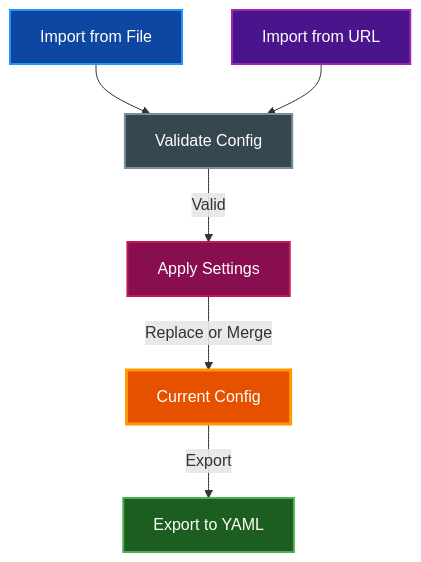
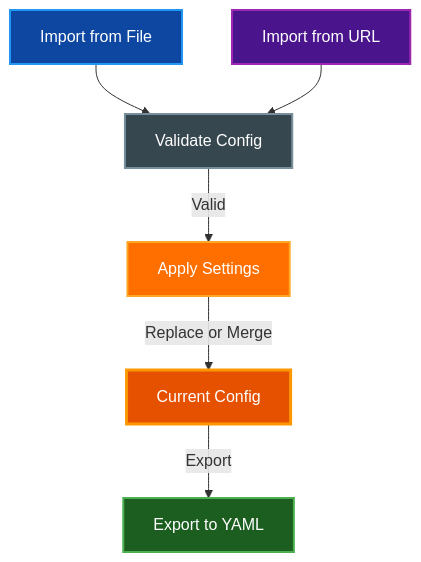
Before and after one commit to paulrobello/par-term: the diagram in docs/features/PREFERENCES_IMPORT_EXPORT.md, drawn with Mermaid. The commit also changed 41 other files, not shown here.

````diff
--- a/docs/features/PREFERENCES_IMPORT_EXPORT.md
+++ b/docs/features/PREFERENCES_IMPORT_EXPORT.md
@@ -19,22 +19,29 @@
 ```mermaid
 graph TD
     Config[Current Config]
     Export[Export to YAML]
     ImportFile[Import from File]
     ImportURL[Import from URL]
     Validate[Validate Config]
     Apply[Apply Settings]
 
     Config -->|Export| Export
     ImportFile --> Validate
     ImportURL --> Validate
     Validate -->|Valid| Apply
     Apply -->|Replace or Merge| Config
 
-    style Config fill:#e65100,stroke:#ff9800,stroke-width:3px,color:#ffffff
-    style Export fill:#1b5e20,stroke:#4caf50,stroke-width:2px,color:#ffffff
-    style ImportFile fill:#0d47a1,stroke:#2196f3,stroke-width:2px,color:#ffffff
-    style ImportURL fill:#4a148c,stroke:#9c27b0,stroke-width:2px,color:#ffffff
-    style Validate fill:#37474f,stroke:#78909c,stroke-width:2px,color:#ffffff
-    style Apply fill:#880e4f,stroke:#c2185b,stroke-width:2px,color:#ffffff
+    class Config primary
+    class Export active
+    class ImportFile data
+    class ImportURL external
+    class Validate neutral
+    class Apply warning
+
+    classDef primary fill:#e65100,stroke:#ff9800,stroke-width:3px,color:#ffffff
+    classDef active fill:#1b5e20,stroke:#4caf50,stroke-width:2px,color:#ffffff
+    classDef data fill:#0d47a1,stroke:#2196f3,stroke-width:2px,color:#ffffff
+    classDef external fill:#4a148c,stroke:#9c27b0,stroke-width:2px,color:#ffffff
+    classDef neutral fill:#37474f,stroke:#78909c,stroke-width:2px,color:#ffffff
+    classDef warning fill:#ff6f00,stroke:#ffa726,stroke-width:2px,color:#ffffff
 ```
````
